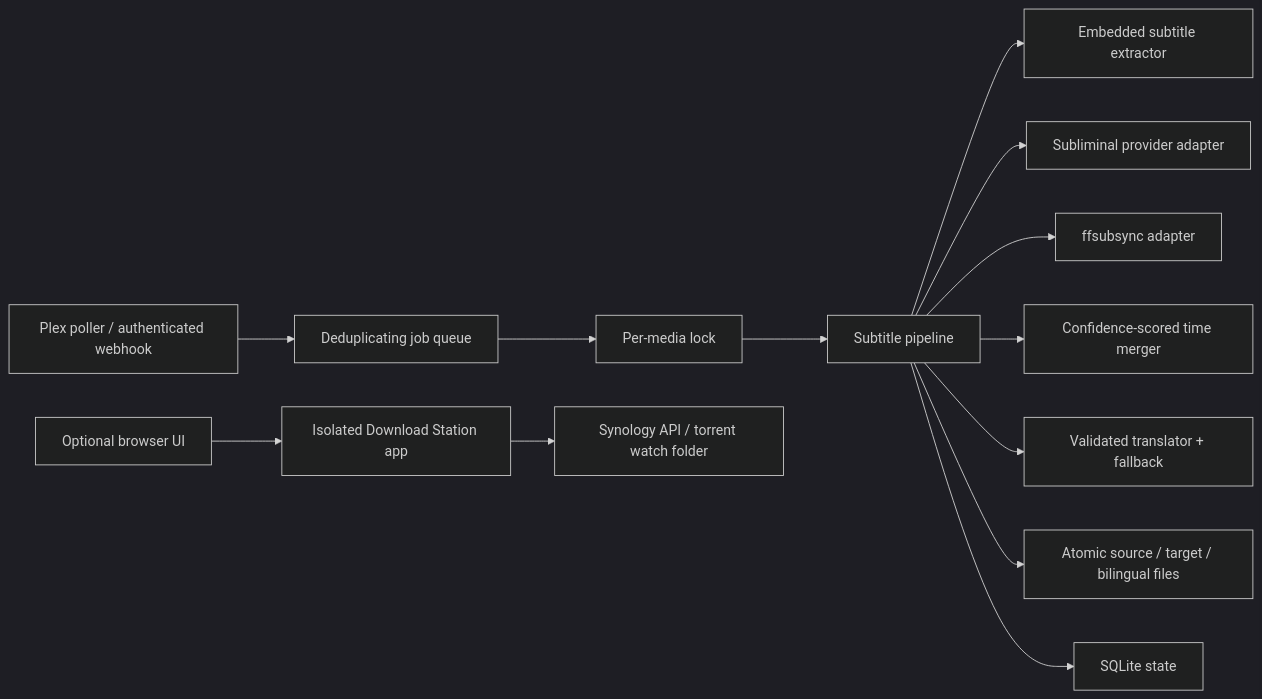
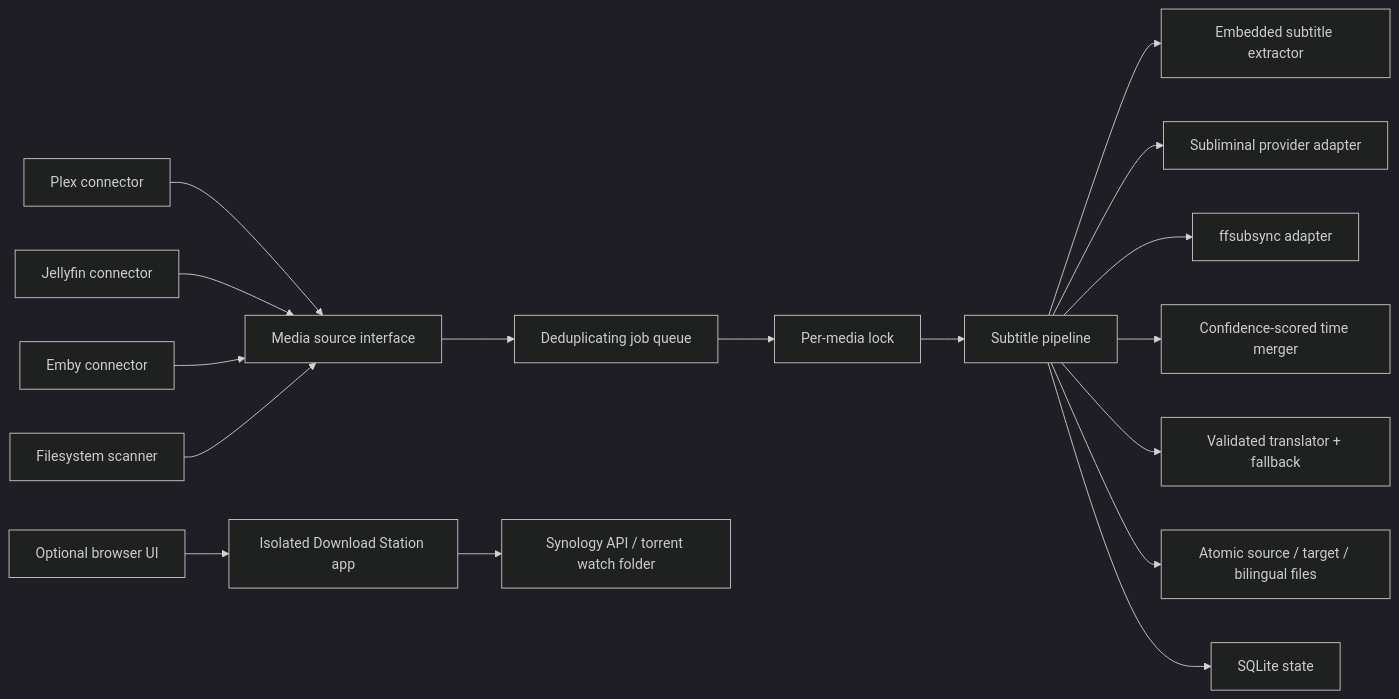
One commit to NLINEA/PairCue changed the diagram in ARCHITECTURE.md. Above: the diagram before and after it, drawn with Mermaid (dark theme). The commit also changed other lines of this file and 24 other files, not shown here.

Commit message:
feat: support Plex Jellyfin Emby and media folders

````diff
--- a/ARCHITECTURE.md
+++ b/ARCHITECTURE.md
@@ -15,16 +16,20 @@
 ```mermaid
 flowchart LR
-    Plex["Plex poller / authenticated webhook"] --> Queue["Deduplicating job queue"]
+    Plex["Plex connector"] --> Source["Media source interface"]
+    Jellyfin["Jellyfin connector"] --> Source
+    Emby["Emby connector"] --> Source
+    Folder["Filesystem scanner"] --> Source
+    Source --> Queue["Deduplicating job queue"]
     Queue --> Lock["Per-media lock"]
     Lock --> Pipeline["Subtitle pipeline"]
     Pipeline --> Embedded["Embedded subtitle extractor"]
     Pipeline --> Provider["Subliminal provider adapter"]
     Pipeline --> Sync["ffsubsync adapter"]
     Pipeline --> Merge["Confidence-scored time merger"]
     Pipeline --> Translate["Validated translator + fallback"]
     Pipeline --> Output["Atomic source / target / bilingual files"]
     Pipeline --> State["SQLite state"]
 
     Browser["Optional browser UI"] --> DownloadAPI["Isolated Download Station app"]
     DownloadAPI --> Synology["Synology API / torrent watch folder"]
 ```
````
